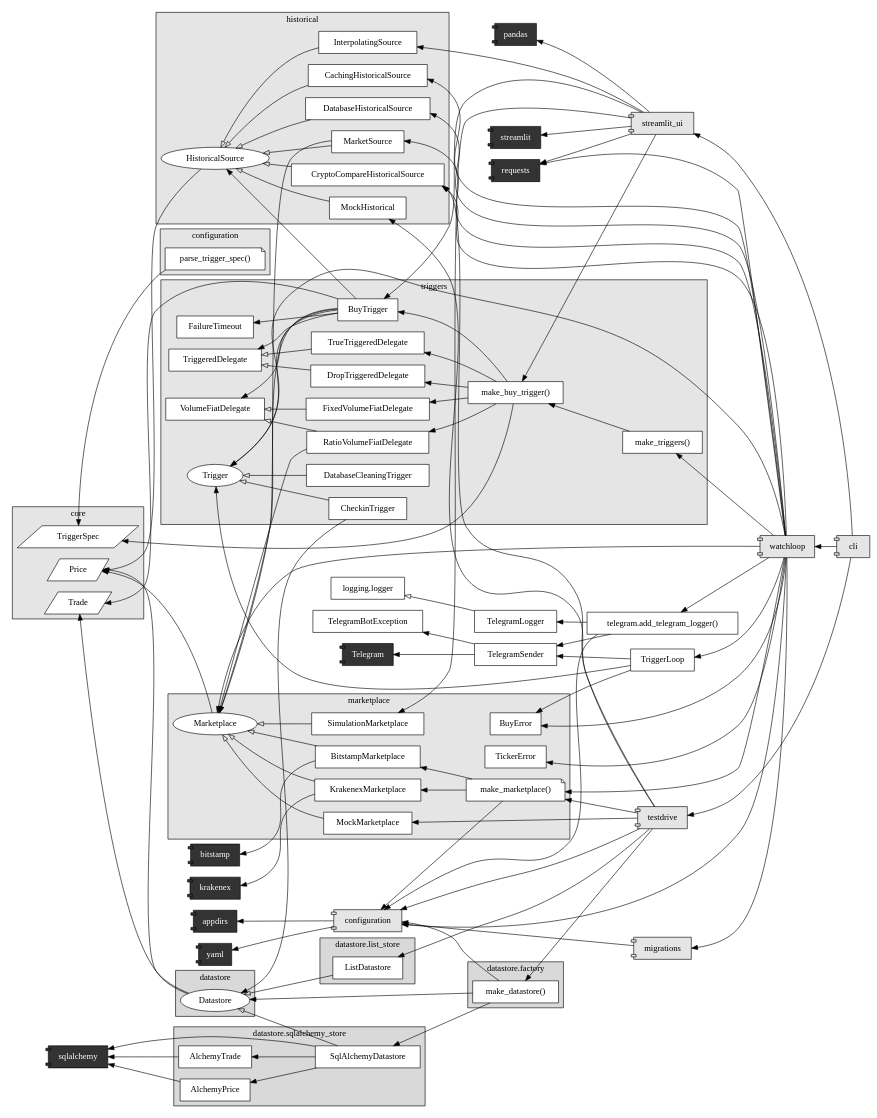
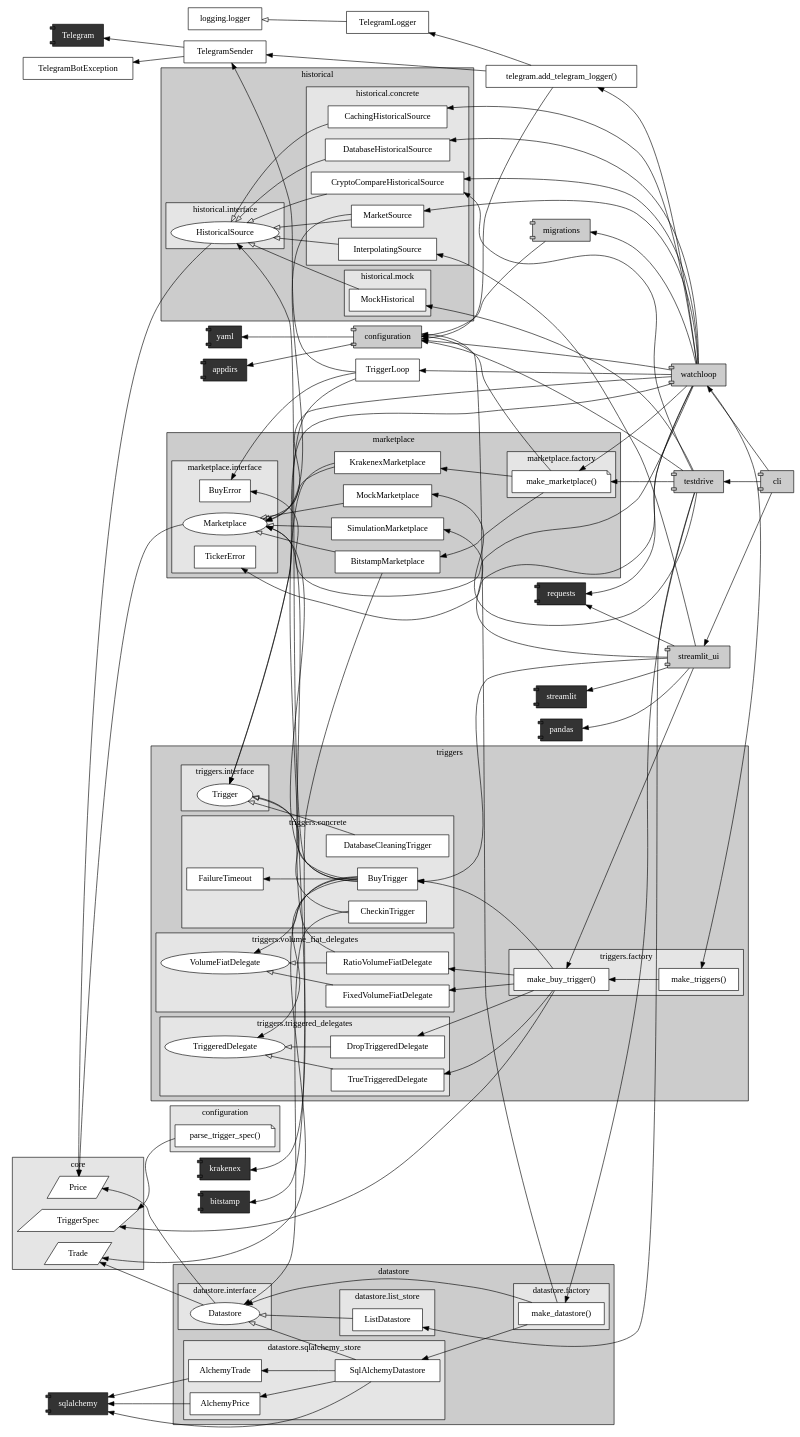
The diagram in docs/dev/graphs/architecture.dot (martin-ueding/vigilant-crypto-snatch), drawn with Graphviz before and after one commit.

Commit message:
More graph

```diff
--- a/docs/dev/graphs/architecture.dot
+++ b/docs/dev/graphs/architecture.dot
@@ -6,114 +6,168 @@
 node [style=filled, fillcolor=white, shape=box]
 
 {
-node [shape=component, style=filled, fillcolor=gray20, fontcolor=white]
-"bitstamp"
-"krakenex"
-"sqlalchemy"
-"Telegram"
-"requests"
-"appdirs"
-"streamlit"
-"pandas"
-"yaml"
+    node [shape=component, style=filled, fillcolor=gray20, fontcolor=white]
+    "bitstamp"
+    "krakenex"
+    "sqlalchemy"
+    "Telegram"
+    "requests"
+    "appdirs"
+    "streamlit"
+    "pandas"
+    "yaml"
 }
 
 subgraph cluster_triggers {
-label = "triggers"
-fillcolor = gray90
-style=filled
-"TriggeredDelegate"
-"VolumeFiatDelegate"
-"Trigger" [shape=ellipse]
-"FailureTimeout"
-"BuyTrigger"
-"DropTriggeredDelegate"
-"TrueTriggeredDelegate"
-"RatioVolumeFiatDelegate"
-"FixedVolumeFiatDelegate"
-"DatabaseCleaningTrigger"
-"make_triggers()"
-"make_buy_trigger()"
-"CheckinTrigger"
+    label = "triggers"
+    fillcolor = gray80
+    style=filled
+    
+    subgraph cluster_triggers_interface {
+        label = "triggers.interface"
+        fillcolor = gray90
+        style=filled
+        "Trigger" [shape=ellipse]
+    }
+    
+    subgraph cluster_triggers_factory {
+        label = "triggers.factory"
+        fillcolor = gray90
+        style=filled
+        "make_triggers()"
+        "make_buy_trigger()"
+    }
+    
+    subgraph cluster_triggers_concrete {
+        label = "triggers.concrete"
+        fillcolor = gray90
+        style=filled
+        "FailureTimeout"
+        "DatabaseCleaningTrigger"
+        "CheckinTrigger"
+        "BuyTrigger"
+    }
+    
+    subgraph cluster_triggers_triggered_delegates {
+        label = "triggers.triggered_delegates"
+        fillcolor = gray90
+        style=filled
+        "TriggeredDelegate" [shape=ellipse]
+        "DropTriggeredDelegate"
+        "TrueTriggeredDelegate"
+    }
+    
+    subgraph cluster_triggers_volume_fiat_delegates {
+        label = "triggers.volume_fiat_delegates"
+        fillcolor = gray90
+        style=filled
+        "VolumeFiatDelegate" [shape=ellipse]
+        "RatioVolumeFiatDelegate"
+        "FixedVolumeFiatDelegate"
+    }
 }
 
-
 subgraph cluster_core {
-label = "core"
-fillcolor = gray90
-style=filled
-"Price" [shape=parallelogram]
-"Trade" [shape=parallelogram]
-"TriggerSpec" [shape=parallelogram]
+    label = "core"
+    fillcolor = gray90
+    style=filled
+    "Price" [shape=parallelogram]
+    "Trade" [shape=parallelogram]
+    "TriggerSpec" [shape=parallelogram]
 }
 
 subgraph cluster_datastore {
-label = "datastore"
-fillcolor = gray85
-style=filled
-"Datastore" [shape=ellipse]
-}
+    label = "datastore"
+    fillcolor = gray80
+    style=filled
+    
+    subgraph cluster_datastore_interface {
+        label = "datastore.interface"
+        fillcolor = gray90
+        style=filled
+        "Datastore" [shape=ellipse]
+    }
 
-subgraph cluster_datastore_factory {
-label = "datastore.factory"
-fillcolor = gray85
-style=filled
-"make_datastore()" [shape=box]
-}
 
-subgraph cluster_datastore_sqlalchemy_store {
-label = "datastore.sqlalchemy_store"
-fillcolor = gray85
-style=filled
-"AlchemyPrice"
-"AlchemyTrade"
-"SqlAlchemyDatastore"
-}
+    subgraph cluster_datastore_factory {
+        label = "datastore.factory"
+        fillcolor = gray90
+        style=filled
+        "make_datastore()" [shape=box]
+    }
 
-subgraph cluster_datastore_list_store {
-label = "datastore.list_store"
-fillcolor = gray85
-style=filled
-"ListDatastore"
+    subgraph cluster_datastore_sqlalchemy_store {
+        label = "datastore.sqlalchemy_store"
+        fillcolor = gray90
+        style=filled
+        "AlchemyPrice"
+        "AlchemyTrade"
+        "SqlAlchemyDatastore"
+    }
+
+    subgraph cluster_datastore_list_store {
+        label = "datastore.list_store"
+        fillcolor = gray90
+        style=filled
+        "ListDatastore"
+    }
 }
 
 subgraph cluster_historical {
-label = "historical"
-fillcolor = gray90
-style=filled
-"HistoricalSource" [shape=ellipse]
-"MockHistorical"
-"MarketSource"
-"CachingHistoricalSource"
-"InterpolatingSource"
-"CryptoCompareHistoricalSource"
-"DatabaseHistoricalSource"
+    label = "historical"
+    fillcolor = gray80
+    style=filled
+
+    subgraph cluster_historical_interface {
+        label = "historical.interface"
+        fillcolor = gray90
+        style=filled
+        "HistoricalSource" [shape=ellipse]
+    }
+
+    subgraph cluster_historical_mock {
+        label = "historical.mock"
+        fillcolor = gray90
+        style=filled
+        "MockHistorical"
+    }
+
+    subgraph cluster_historical_concrete {
+        label = "historical.concrete"
+        fillcolor = gray90
+        style=filled
+        "MarketSource"
+        "CachingHistoricalSource"
+        "InterpolatingSource"
+        "CryptoCompareHistoricalSource"
+        "DatabaseHistoricalSource"
+    }
 }
 
 subgraph cluster_marketplace {
-label = "marketplace"
-fillcolor = gray90
-style=filled
-"Marketplace" [shape=ellipse]
-"make_marketplace()" [shape=note]
-"BitstampMarketplace"
-"KrakenexMarketplace"
-"BuyError"
-"MockMarketplace"
-"SimulationMarketplace"
-"TickerError"
-}
-
-subgraph cluster_triggers {
-label = "triggers"
-fillcolor = gray90
-style=filled
-"Trigger" [shape=ellipse]
-"RatioVolumeFiatDelegate"
-"DropTriggeredDelegate"
-"FixedVolumeFiatDelegate"
-"VolumeFiatDelegate"
-"TriggeredDelegate"
+    label = "marketplace"
+    fillcolor = gray80
+    style=filled
+    "BitstampMarketplace"
+    "KrakenexMarketplace"
+    "MockMarketplace"
+    "SimulationMarketplace"
+    
+     subgraph cluster_marketplace_interface {
+        label = "marketplace.interface"
+        fillcolor = gray90
+        style=filled
+        "Marketplace" [shape=ellipse]
+        "BuyError"
+        "TickerError"
+    }
+    
+     subgraph cluster_marketplace_factory {
+        label = "marketplace.factory"
+        fillcolor = gray90
+        style=filled
+        "make_marketplace()" [shape=note]
+    }
 }
 
 subgraph cluster_configuration {
@@ -137,7 +191,7 @@
 
 
 {
-node [shape=component, fillcolor=gray90, style=filled]
+node [shape=component, fillcolor=gray80, style=filled]
 "streamlit_ui"
 "configuration"
 "cli"
```
